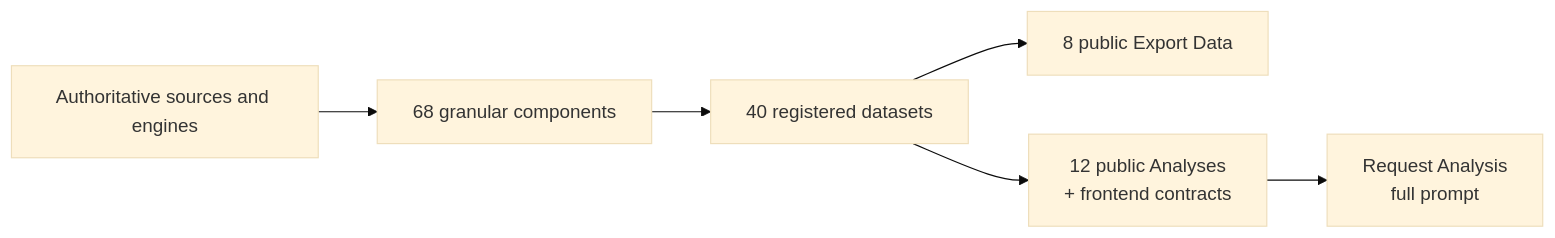
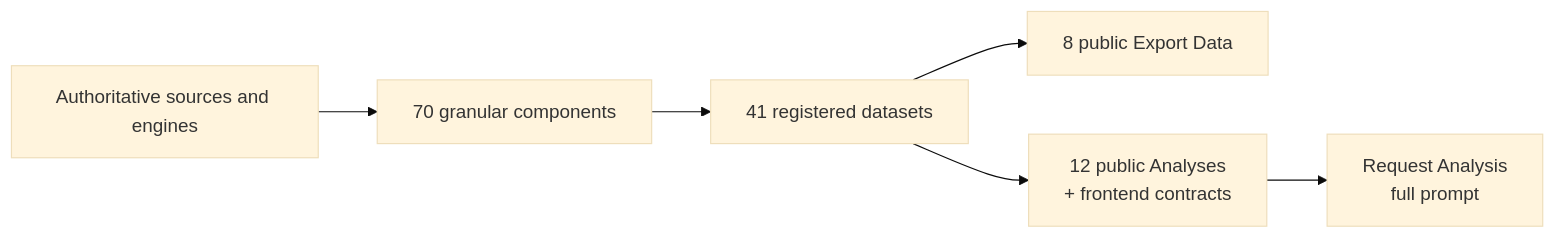
Before and after one commit to Librefolio/LibreFolio: the first of 2 diagrams in mkdocs_src/docs/developer/architecture/patterns/ai_export_snapshot.md, drawn with Mermaid (base theme). The commit also changed other lines of this file and 2 other files, not shown here.

Commit message:
docs(ai-export): risk evidence in the developer docs (78 L8a)

````diff
--- a/mkdocs_src/docs/developer/architecture/patterns/ai_export_snapshot.md
+++ b/mkdocs_src/docs/developer/architecture/patterns/ai_export_snapshot.md
@@ -30,8 +30,8 @@
 ```mermaid
 flowchart LR
-    S["Authoritative sources and engines"] --> C["68 granular components"]
-    C --> D["40 registered datasets"]
+    S["Authoritative sources and engines"] --> C["70 granular components"]
+    C --> D["41 registered datasets"]
     D --> E["8 public Export Data"]
     D --> A["12 public Analyses<br/>+ frontend contracts"]
     A --> P["Request Analysis<br/>full prompt"]
 ```
````
